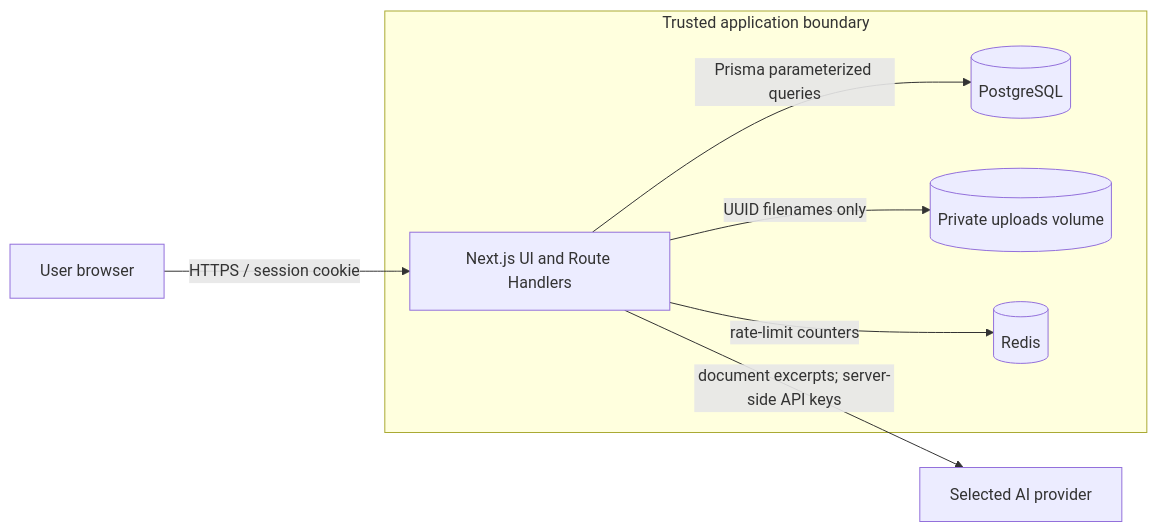
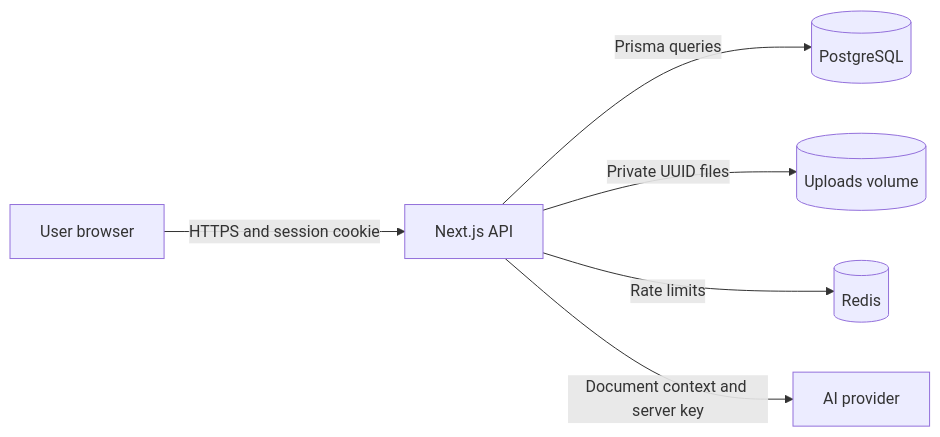
The diagram in SECURITY.md (HIR0NA/ai-pdf-learning-platform), drawn with Mermaid before and after one commit. The commit also changed other lines of this file and 11 other files, not shown here.

Commit message:
feat: implement custom dev server, add database migration script, and initialize new Prisma schema

````diff
--- a/SECURITY.md
+++ b/SECURITY.md
@@ -7,15 +9,8 @@
 ```mermaid
 flowchart LR
-  U[User browser] -->|HTTPS / session cookie| N[Next.js UI and Route Handlers]
-  N -->|Prisma parameterized queries| P[(PostgreSQL)]
-  N -->|UUID filenames only| F[(Private uploads volume)]
-  N -->|rate-limit counters| R[(Redis)]
-  N -->|document excerpts; server-side API keys| A[Selected AI provider]
-
-  subgraph Trusted application boundary
-    N
-    P
-    F
-    R
-  end
+  browser[User browser] -->|HTTPS and session cookie| app[Next.js API]
+  app -->|Prisma queries| db[(PostgreSQL)]
+  app -->|Private UUID files| files[(Uploads volume)]
+  app -->|Rate limits| redis[(Redis)]
+  app -->|Document context and server key| ai[AI provider]
 ```
````
